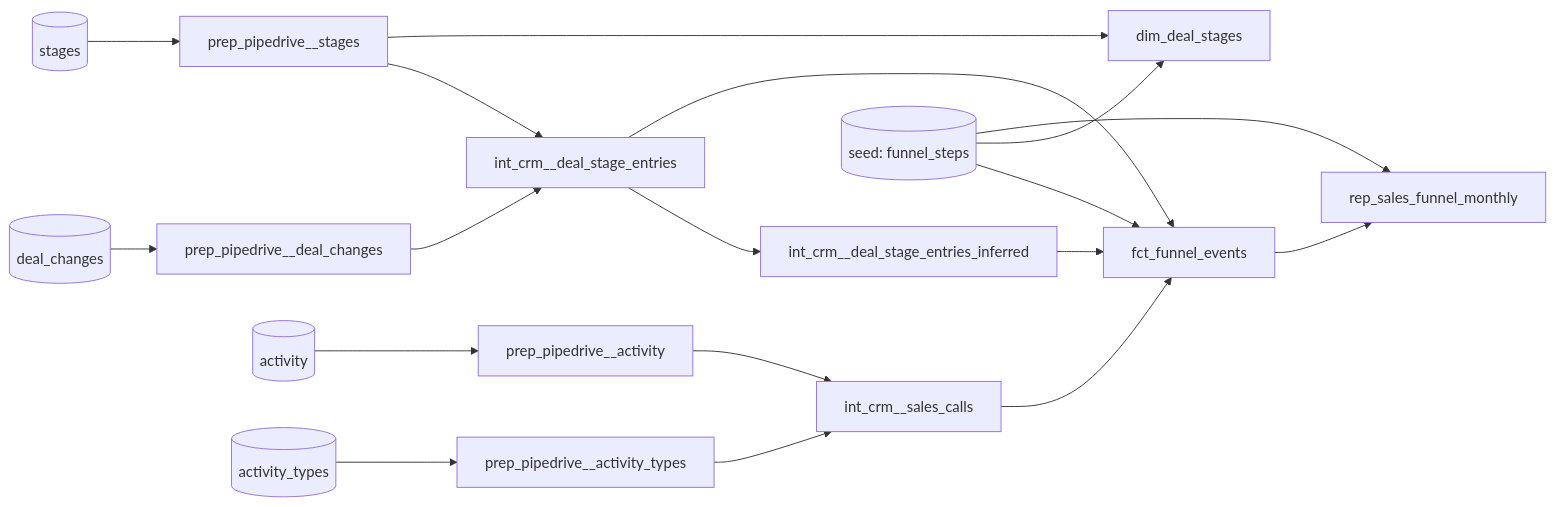
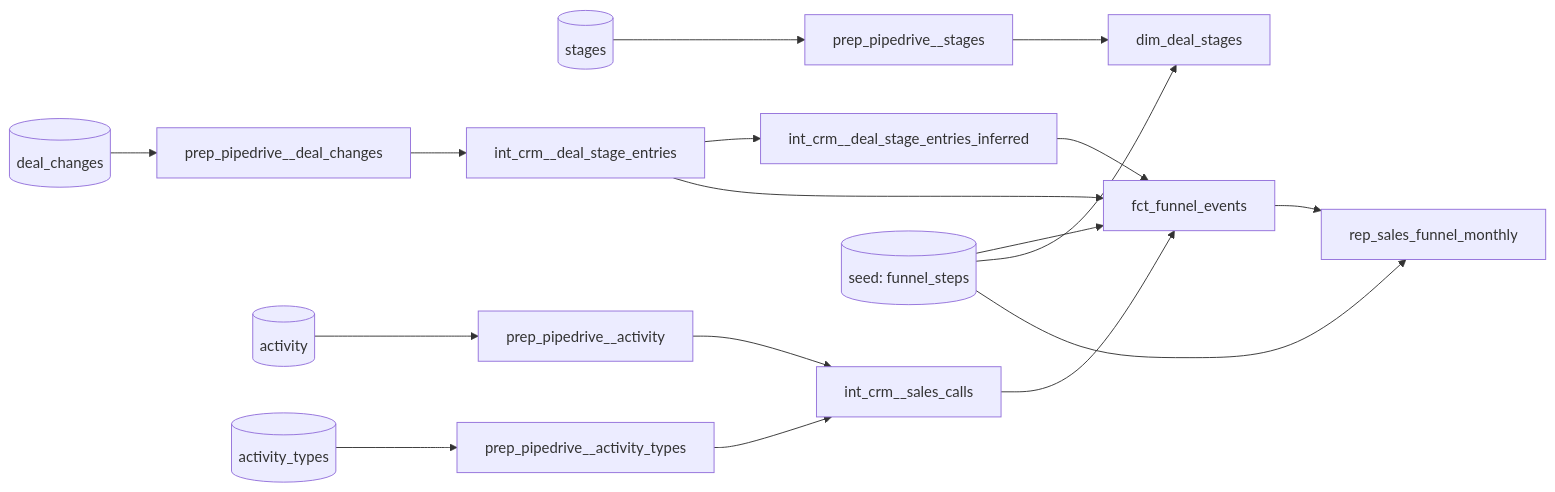
One commit to raimundovidaljunior/dbt_enpal_assessment changed the diagram in docs/solution.md. Above: the diagram before and after it, drawn with Mermaid.

Commit message:
Remove stale stages edge from the lineage diagram

````diff
--- a/docs/solution.md
+++ b/docs/solution.md
@@ -17,20 +17,19 @@
 ```mermaid
 flowchart LR
     dc[(deal_changes)] --> p_dc[prep_pipedrive__deal_changes]
     st[(stages)] --> p_st[prep_pipedrive__stages]
     act[(activity)] --> p_act[prep_pipedrive__activity]
     at[(activity_types)] --> p_at[prep_pipedrive__activity_types]
     p_dc --> i_se[int_crm__deal_stage_entries]
-    p_st --> i_se
     i_se --> i_si[int_crm__deal_stage_entries_inferred]
     p_act --> i_sc[int_crm__sales_calls]
     p_at --> i_sc
     seed[(seed: funnel_steps)] --> f_fe
     i_se --> f_fe[fct_funnel_events]
     i_si --> f_fe
     i_sc --> f_fe
     p_st --> d_st[dim_deal_stages]
     seed --> d_st
     f_fe --> rep[rep_sales_funnel_monthly]
     seed --> rep
 ```
````
